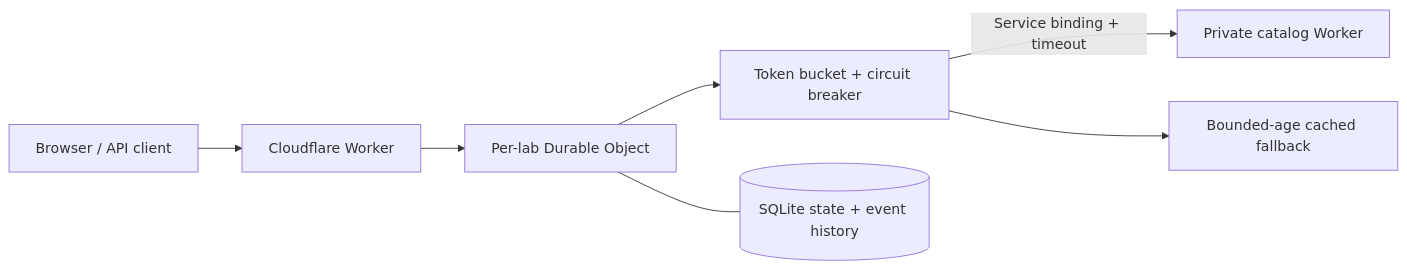
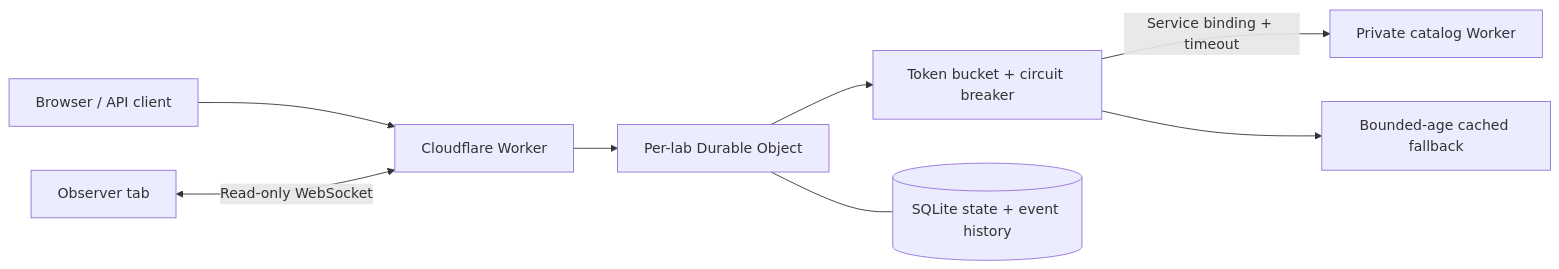
Before and after one commit to HenryWashuHe/edgelab: the diagram in docs/LAB.md, drawn with Mermaid. The commit also changed other lines of this file and 26 other files, not shown here.

````diff
--- a/docs/LAB.md
+++ b/docs/LAB.md
@@ -40,9 +43,10 @@
 ```mermaid
 flowchart LR
     B[Browser / API client] --> W[Cloudflare Worker]
+    V[Observer tab] <-->|Read-only WebSocket| W
     W --> D[Per-lab Durable Object]
     D --> T[Token bucket + circuit breaker]
     T -->|Service binding + timeout| O[Private catalog Worker]
     T --> C[Bounded-age cached fallback]
     D --- S[(SQLite state + event history)]
 ```
````
